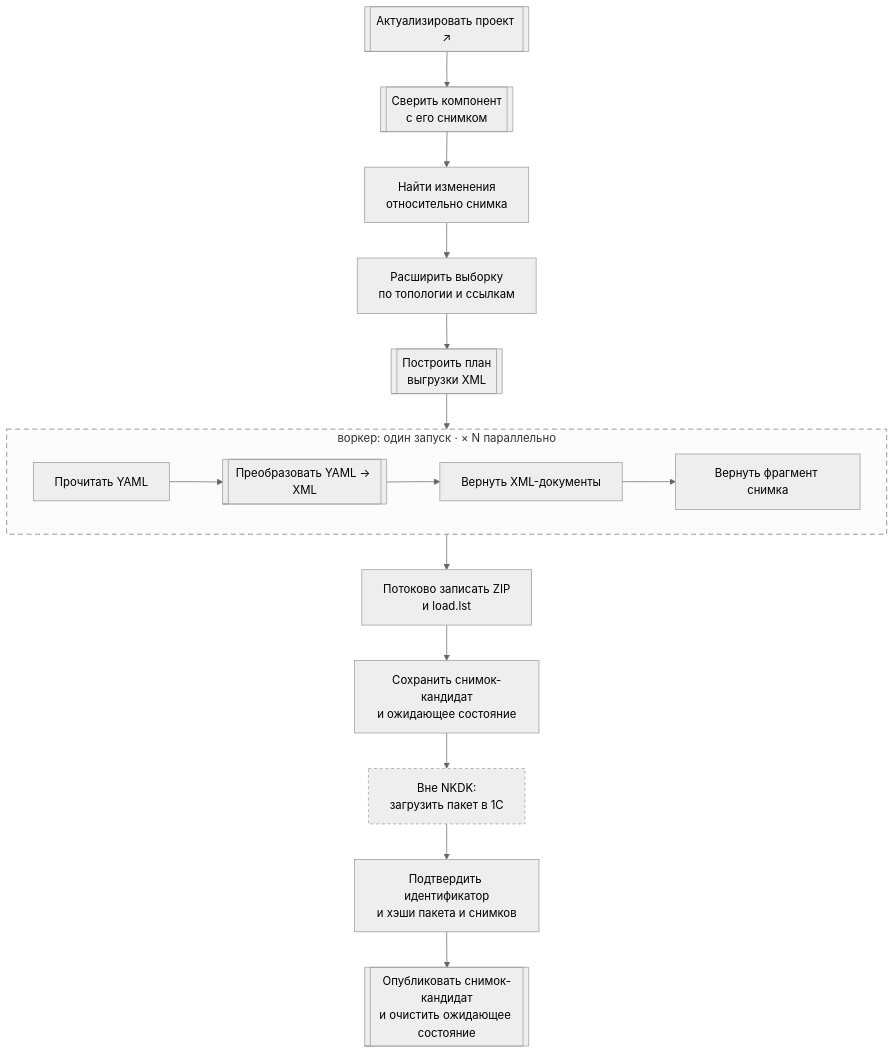
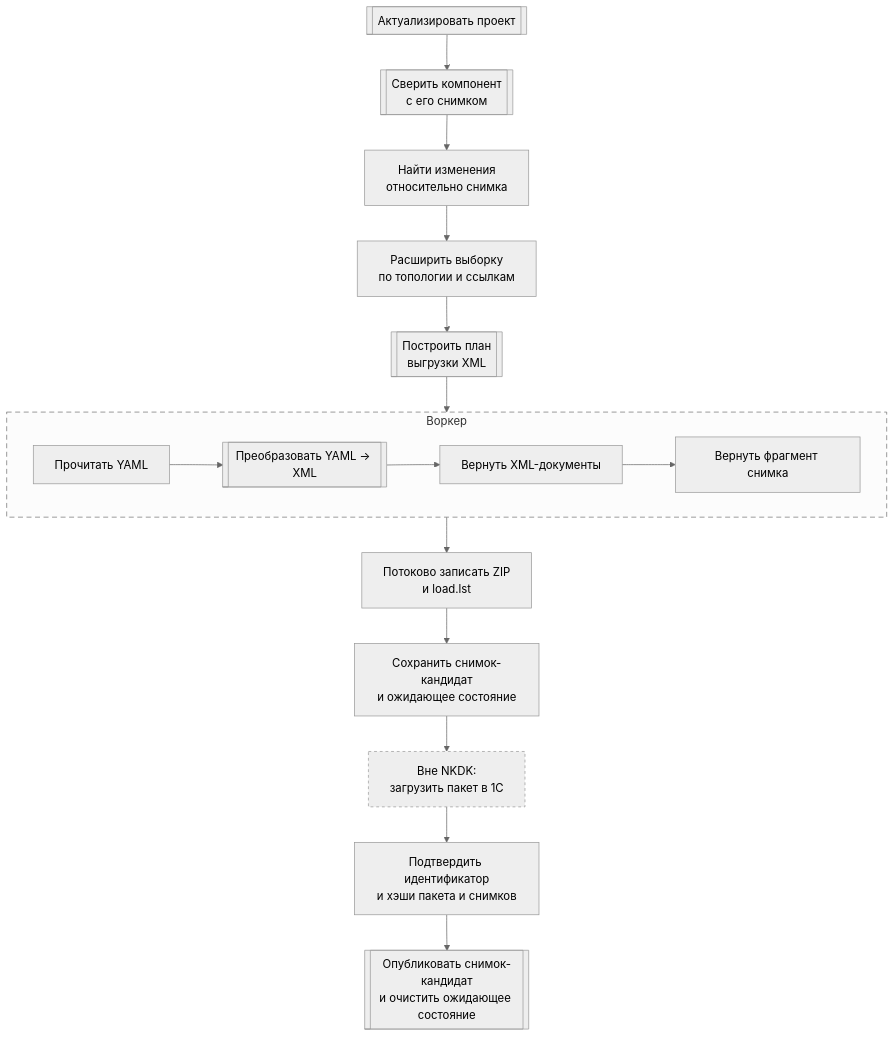
Before and after one commit to crimsongoldteam/nkdk: the eighth of 10 diagrams in .agents/architecture.md, drawn with Mermaid (neutral theme). The commit also changed other lines of this file and 1 other file, not shown here.

First line of the commit message:
docs: :memo: актуализировать архитектурный монитор

````diff
--- a/.agents/architecture.md
+++ b/.agents/architecture.md
@@ -201,23 +261,23 @@
 ```mermaid
 flowchart TD
-  validate[["Актуализировать проект ↗"]]
+  validate[["Актуализировать проект"]]
   target[["Сверить компонент<br/>с его снимком"]]
   changes["Найти изменения<br/>относительно снимка"]
   impact["Расширить выборку<br/>по топологии и ссылкам"]
   plan[["Построить план<br/>выгрузки XML"]]
 
-  subgraph partialSyncJob["воркер: один запуск · × N параллельно"]
+  subgraph partialSyncJob["Воркер"]
     direction LR
     readYaml["Прочитать YAML"] --> toXml[["Преобразовать YAML → XML"]] --> document["Вернуть XML-документы"] --> fragment["Вернуть фрагмент снимка"]
   end
 
   archive["Потоково записать ZIP<br/>и load.lst"]
   pending["Сохранить снимок-кандидат<br/>и ожидающее состояние"]
   load["Вне NKDK:<br/>загрузить пакет в 1С"]
   confirm["Подтвердить идентификатор<br/>и хэши пакета и снимков"]
   publish[["Опубликовать снимок-кандидат<br/>и очистить ожидающее состояние"]]
 
   validate --> target --> changes --> impact --> plan --> partialSyncJob --> archive --> pending --> load --> confirm --> publish
   style partialSyncJob stroke-dasharray: 7 5
   style load stroke-dasharray: 4 4
 ```
````
